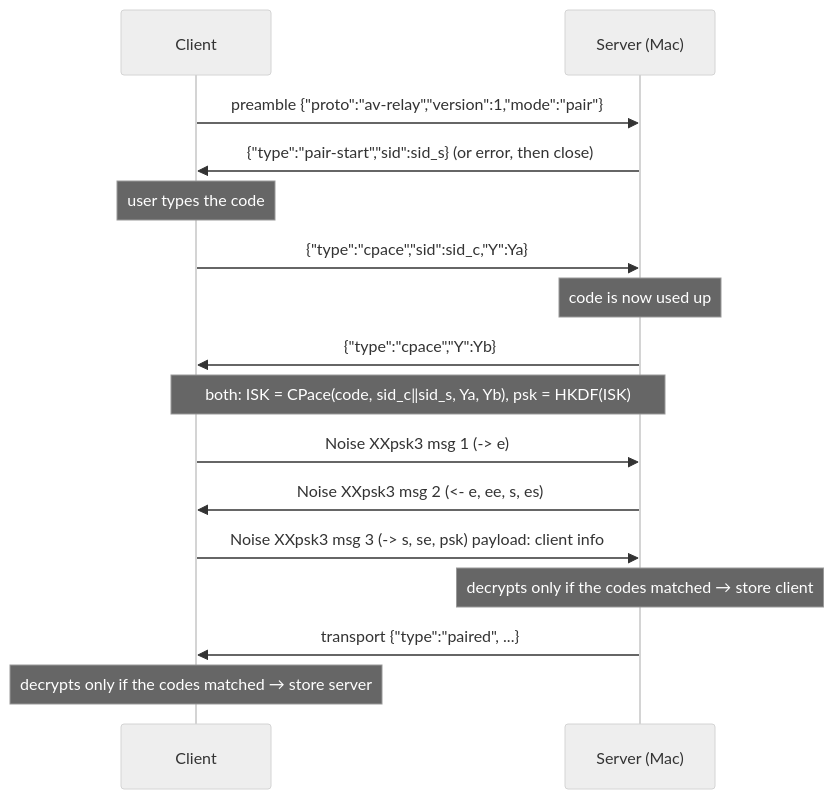
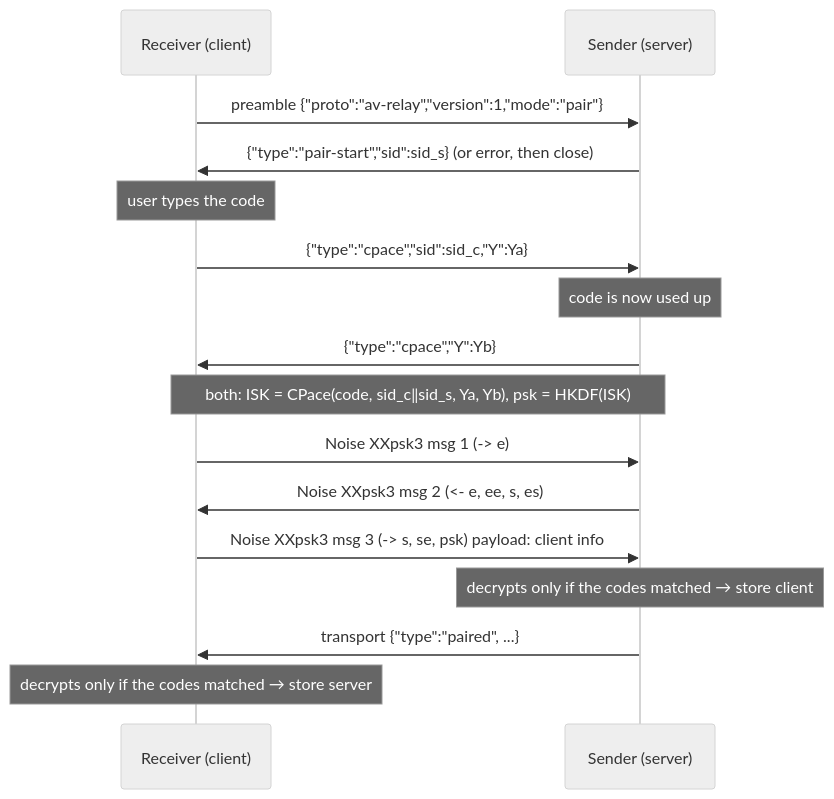
One commit to salihmarangoz/av_relay changed the first of 3 diagrams in docs/protocol.md. Above: the diagram before and after it, drawn with Mermaid (neutral theme). The commit also changed other lines of this file and 13 other files, not shown here.

First line of the commit message:
Naming: sender (server) and receiver (client), not Mac and Ubuntu (T22)

````diff
--- a/docs/protocol.md
+++ b/docs/protocol.md
@@ -139,18 +141,18 @@
 ```mermaid
 sequenceDiagram
-    participant C as Client
-    participant S as Server (Mac)
+    participant C as Receiver (client)
+    participant S as Sender (server)
     C->>S: preamble {"proto":"av-relay","version":1,"mode":"pair"}
     S->>C: {"type":"pair-start","sid":sid_s}  (or error, then close)
     Note over C: user types the code
     C->>S: {"type":"cpace","sid":sid_c,"Y":Ya}
     Note over S: code is now used up
     S->>C: {"type":"cpace","Y":Yb}
     Note over C,S: both: ISK = CPace(code, sid_c‖sid_s, Ya, Yb), psk = HKDF(ISK)
     C->>S: Noise XXpsk3 msg 1 (-> e)
     S->>C: Noise XXpsk3 msg 2 (<- e, ee, s, es)
     C->>S: Noise XXpsk3 msg 3 (-> s, se, psk) payload: client info
     Note over S: decrypts only if the codes matched → store client
     S->>C: transport {"type":"paired", ...}
     Note over C: decrypts only if the codes matched → store server
 ```
````
